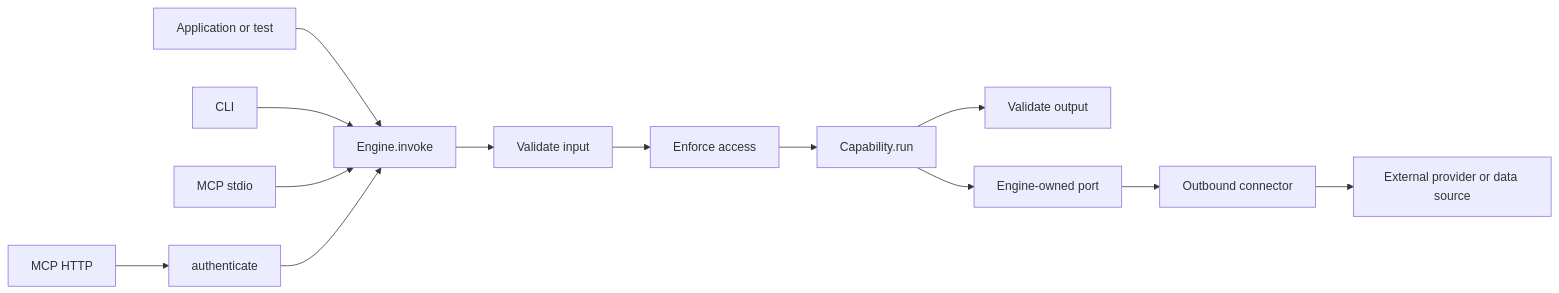
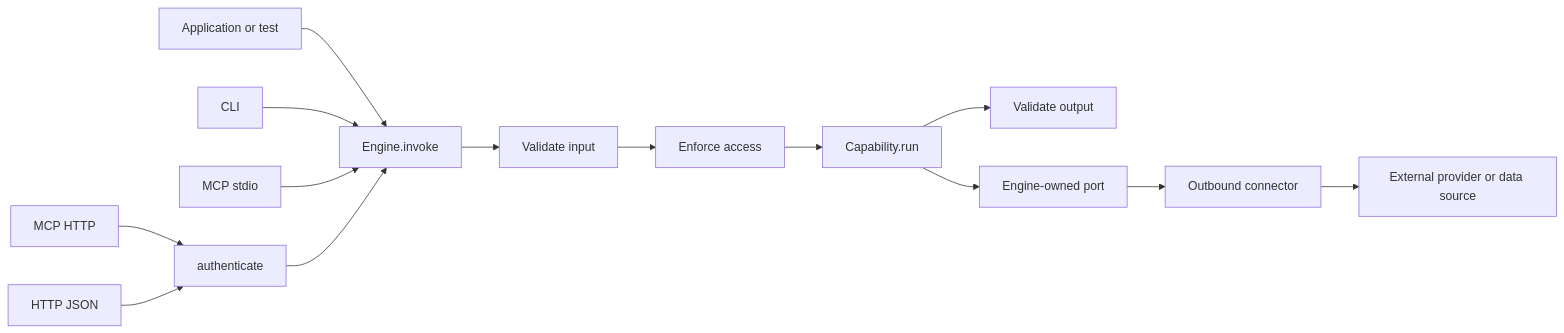
The diagram in docs/architecture.md (vinilana/invokta), drawn with Mermaid before and after one commit. The commit also changed other lines of this file and 56 other files, not shown here.

First line of the commit message:
feat(http): add plain HTTP JSON adapter with OpenAPI export (#133)

````diff
--- a/docs/architecture.md
+++ b/docs/architecture.md
@@ -5,15 +5,16 @@
 ```mermaid
 flowchart LR
   APP[Application or test] --> INVOKE[Engine.invoke]
   CLI[CLI] --> INVOKE
   STDIO[MCP stdio] --> INVOKE
   HTTP[MCP HTTP] --> AUTHN[authenticate]
+  JSON[HTTP JSON] --> AUTHN
   AUTHN --> INVOKE
   INVOKE --> VALIDATE[Validate input]
   VALIDATE --> ACCESS[Enforce access]
   ACCESS --> CAP[Capability.run]
   CAP --> OUTPUT[Validate output]
   CAP --> PORT[Engine-owned port]
   PORT --> CONNECTOR[Outbound connector]
   CONNECTOR --> PROVIDER[External provider or data source]
 ```
````
